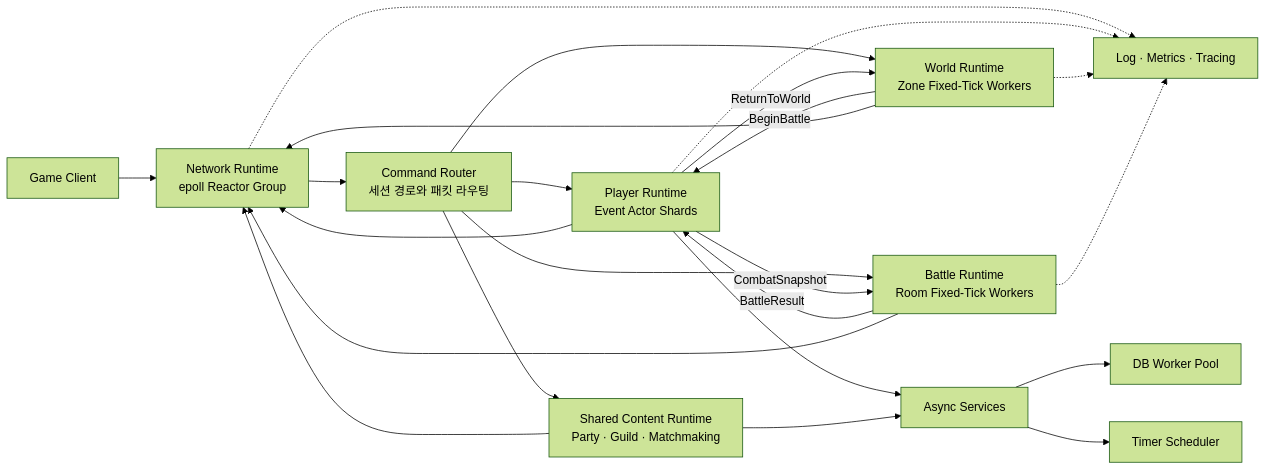
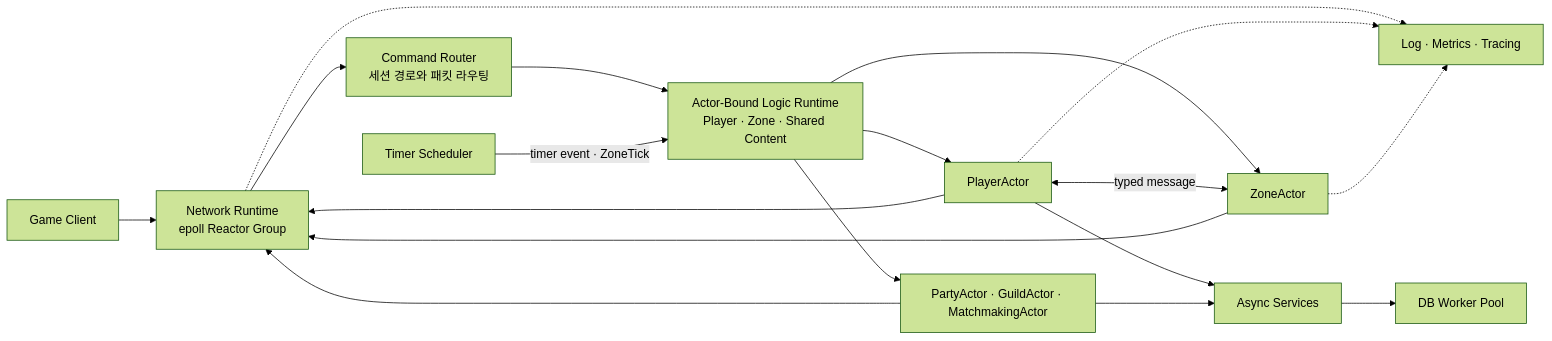
Before and after one commit to oak-cassia/SnF: the first of 3 diagrams in docs/server-architecture-draft.md, drawn with Mermaid (forest theme). The commit also changed other lines of this file and 30 other files, not shown here.

Commit message:
Generalize actor-bound logic runtime

````diff
--- a/docs/server-architecture-draft.md
+++ b/docs/server-architecture-draft.md
@@ -78,30 +133,26 @@
 ```mermaid
 flowchart LR
     Client["Game Client"] --> Network["Network Runtime<br/>epoll Reactor Group"]
     Network --> Router["Command Router<br/>세션 경로와 패킷 라우팅"]
 
-    Router --> Player["Player Runtime<br/>Event Actor Shards"]
-    Router --> World["World Runtime<br/>Zone Fixed-Tick Workers"]
-    Router --> Battle["Battle Runtime<br/>Room Fixed-Tick Workers"]
-    Router --> Content["Shared Content Runtime<br/>Party · Guild · Matchmaking"]
+    Router --> Logic["Actor-Bound Logic Runtime<br/>Player · Zone · Shared Content"]
 
-    World -->|BeginBattle| Player
-    Player -->|CombatSnapshot| Battle
-    Battle -->|BattleResult| Player
-    Player -->|ReturnToWorld| World
+    Logic --> Player["PlayerActor"]
+    Logic --> World["ZoneActor"]
+    Logic --> Content["PartyActor · GuildActor · MatchmakingActor"]
+
+    Player <-->|"typed message"| World
 
     Player --> Async["Async Services"]
     Content --> Async
     Async --> DB["DB Worker Pool"]
-    Async --> Timer["Timer Scheduler"]
+    Timer["Timer Scheduler"] -->|"timer event · ZoneTick"| Logic
 
     Player --> Network
     World --> Network
-    Battle --> Network
     Content --> Network
 
     Network -.-> Observability["Log · Metrics · Tracing"]
     Player -.-> Observability
     World -.-> Observability
-    Battle -.-> Observability
 ```
````
